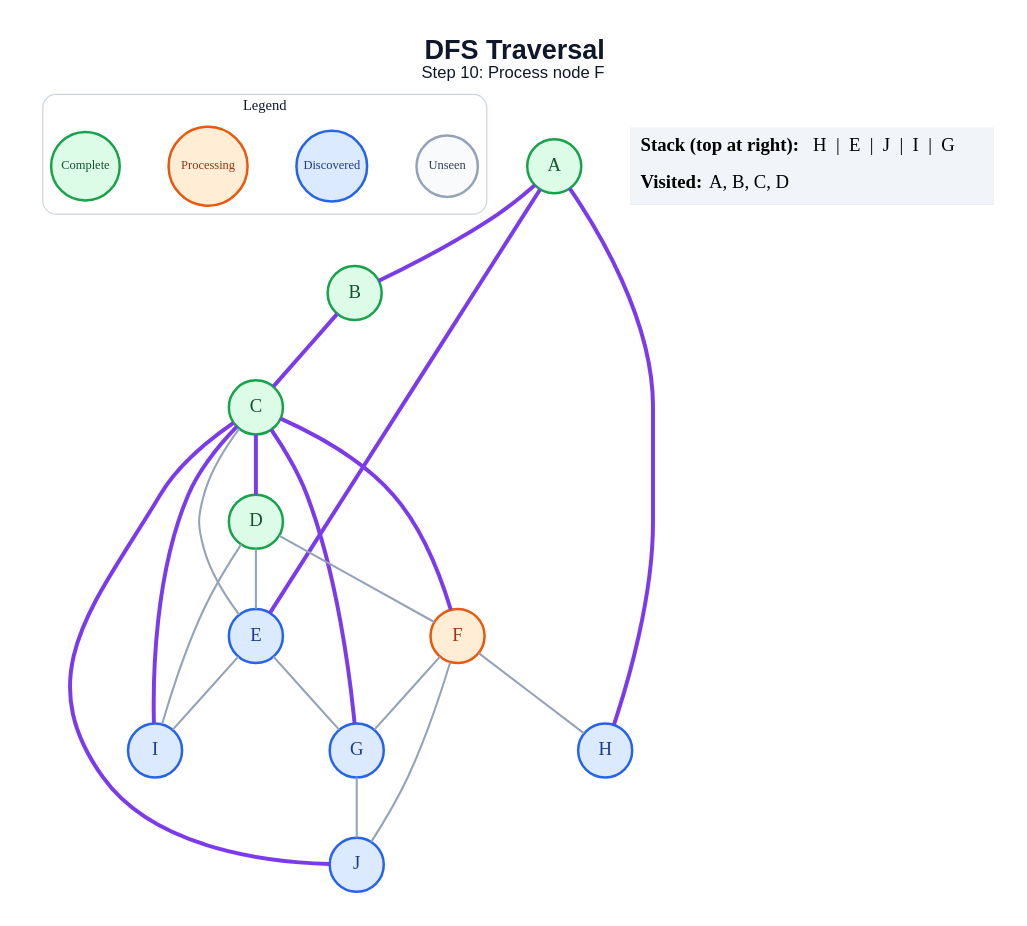
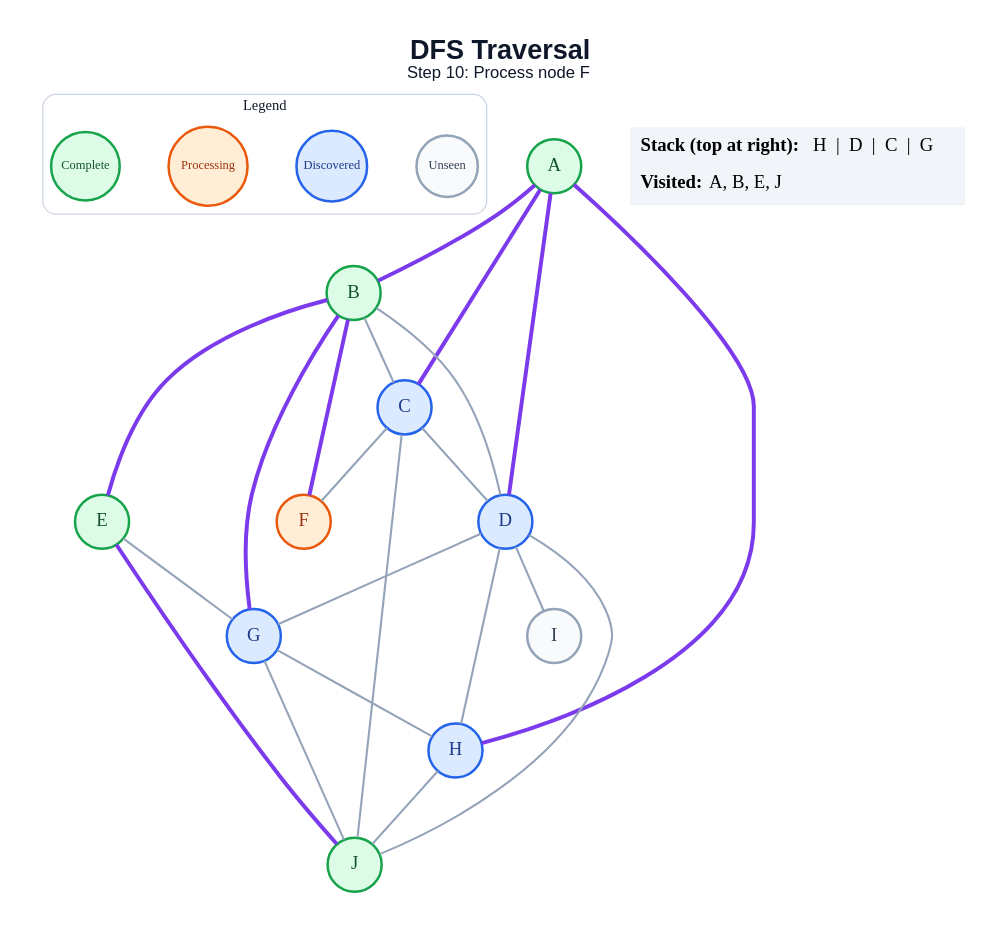
One commit to anon7238593-create/ai-slop changed the diagram in generated/dfs/step_10.dot. Above: the diagram before and after it, drawn with Graphviz. The commit also changed 178 other files, not shown here.

```diff
--- a/generated/dfs/step_10.dot
+++ b/generated/dfs/step_10.dot
@@ -1,48 +1,50 @@
 graph traversal {
   graph [layout=dot, rankdir=TB, bgcolor="#FFFFFF", pad="0.35", nodesep="0.65", ranksep="0.8", fontname="Arial"];
   node [shape=circle, style="filled", fontname="Arial Bold", fontsize=18, width=0.72, fixedsize=true, penwidth=2.4];
   edge [color="#94A3B8", penwidth=2.0];
   label=<<B>DFS Traversal</B><BR/><FONT POINT-SIZE="16">Step 10: Process node F</FONT>>; labelloc="t"; fontsize=26; fontname="Arial"; fontcolor="#0F172A";
   subgraph cluster_legend { label="Legend"; color="#CBD5E1"; penwidth=1.2; style="rounded"; fontsize=14; fontname="Arial Bold";
     key_unseen [label="Unseen", fillcolor="#F8FAFC", color="#94A3B8", fontcolor="#334155", fontsize=12, width=0.82];
     key_frontier [label="Discovered", fillcolor="#DBEAFE", color="#2563EB", fontcolor="#1E3A8A", fontsize=12, width=0.95];
     key_current [label="Processing", fillcolor="#FFEDD5", color="#EA580C", fontcolor="#9A3412", fontsize=12, width=1.05];
     key_done [label="Complete", fillcolor="#DCFCE7", color="#16A34A", fontcolor="#14532D", fontsize=12, width=0.92];
     { rank=same; key_unseen; key_frontier; key_current; key_done; }
   }
   A [fillcolor="#DCFCE7", color="#16A34A", fontcolor="#14532D"];
   B [fillcolor="#DCFCE7", color="#16A34A", fontcolor="#14532D"];
-  C [fillcolor="#DCFCE7", color="#16A34A", fontcolor="#14532D"];
-  D [fillcolor="#DCFCE7", color="#16A34A", fontcolor="#14532D"];
-  E [fillcolor="#DBEAFE", color="#2563EB", fontcolor="#1E3A8A"];
+  C [fillcolor="#DBEAFE", color="#2563EB", fontcolor="#1E3A8A"];
+  D [fillcolor="#DBEAFE", color="#2563EB", fontcolor="#1E3A8A"];
+  E [fillcolor="#DCFCE7", color="#16A34A", fontcolor="#14532D"];
   F [fillcolor="#FFEDD5", color="#EA580C", fontcolor="#9A3412"];
   G [fillcolor="#DBEAFE", color="#2563EB", fontcolor="#1E3A8A"];
   H [fillcolor="#DBEAFE", color="#2563EB", fontcolor="#1E3A8A"];
-  I [fillcolor="#DBEAFE", color="#2563EB", fontcolor="#1E3A8A"];
-  J [fillcolor="#DBEAFE", color="#2563EB", fontcolor="#1E3A8A"];
+  I [fillcolor="#F8FAFC", color="#94A3B8", fontcolor="#334155"];
+  J [fillcolor="#DCFCE7", color="#16A34A", fontcolor="#14532D"];
   A -- B [color="#7C3AED", penwidth=3.8];
-  A -- E [color="#7C3AED", penwidth=3.8];
+  A -- C [color="#7C3AED", penwidth=3.8];
+  A -- D [color="#7C3AED", penwidth=3.8];
   A -- H [color="#7C3AED", penwidth=3.8];
-  B -- C [color="#7C3AED", penwidth=3.8];
-  C -- D [color="#7C3AED", penwidth=3.8];
-  C -- E;
-  C -- F [color="#7C3AED", penwidth=3.8];
-  C -- G [color="#7C3AED", penwidth=3.8];
-  C -- I [color="#7C3AED", penwidth=3.8];
-  C -- J [color="#7C3AED", penwidth=3.8];
-  D -- E;
-  D -- F;
+  B -- C;
+  B -- D;
+  B -- E [color="#7C3AED", penwidth=3.8];
+  B -- F [color="#7C3AED", penwidth=3.8];
+  B -- G [color="#7C3AED", penwidth=3.8];
+  C -- D;
+  C -- F;
+  C -- J;
+  D -- G;
+  D -- H;
   D -- I;
+  D -- J;
   E -- G;
-  E -- I;
-  F -- G;
-  F -- H;
-  F -- J;
+  E -- J [color="#7C3AED", penwidth=3.8];
+  G -- H;
   G -- J;
+  H -- J;
   status [shape=plain, fixedsize=false, width=0, height=0, margin=0, label=<
     <TABLE BORDER="0" CELLBORDER="0" CELLPADDING="7" BGCOLOR="#F1F5F9">
-      <TR><TD ALIGN="LEFT"><B>Stack (top at right):</B> H  |  E  |  J  |  I  |  G</TD></TR>
-      <TR><TD ALIGN="LEFT"><B>Visited:</B> A, B, C, D</TD></TR>
+      <TR><TD ALIGN="LEFT"><B>Stack (top at right):</B> H  |  D  |  C  |  G</TD></TR>
+      <TR><TD ALIGN="LEFT"><B>Visited:</B> A, B, E, J</TD></TR>
     </TABLE>
   >];
 }
```
